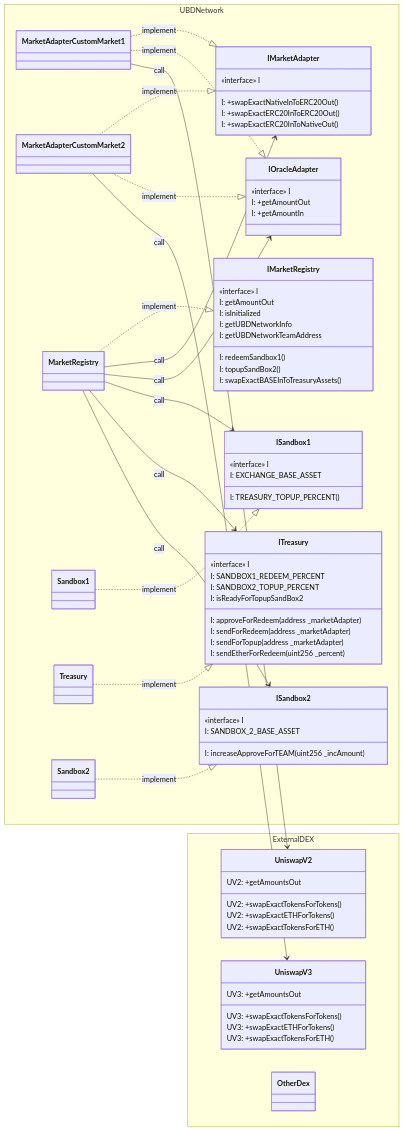
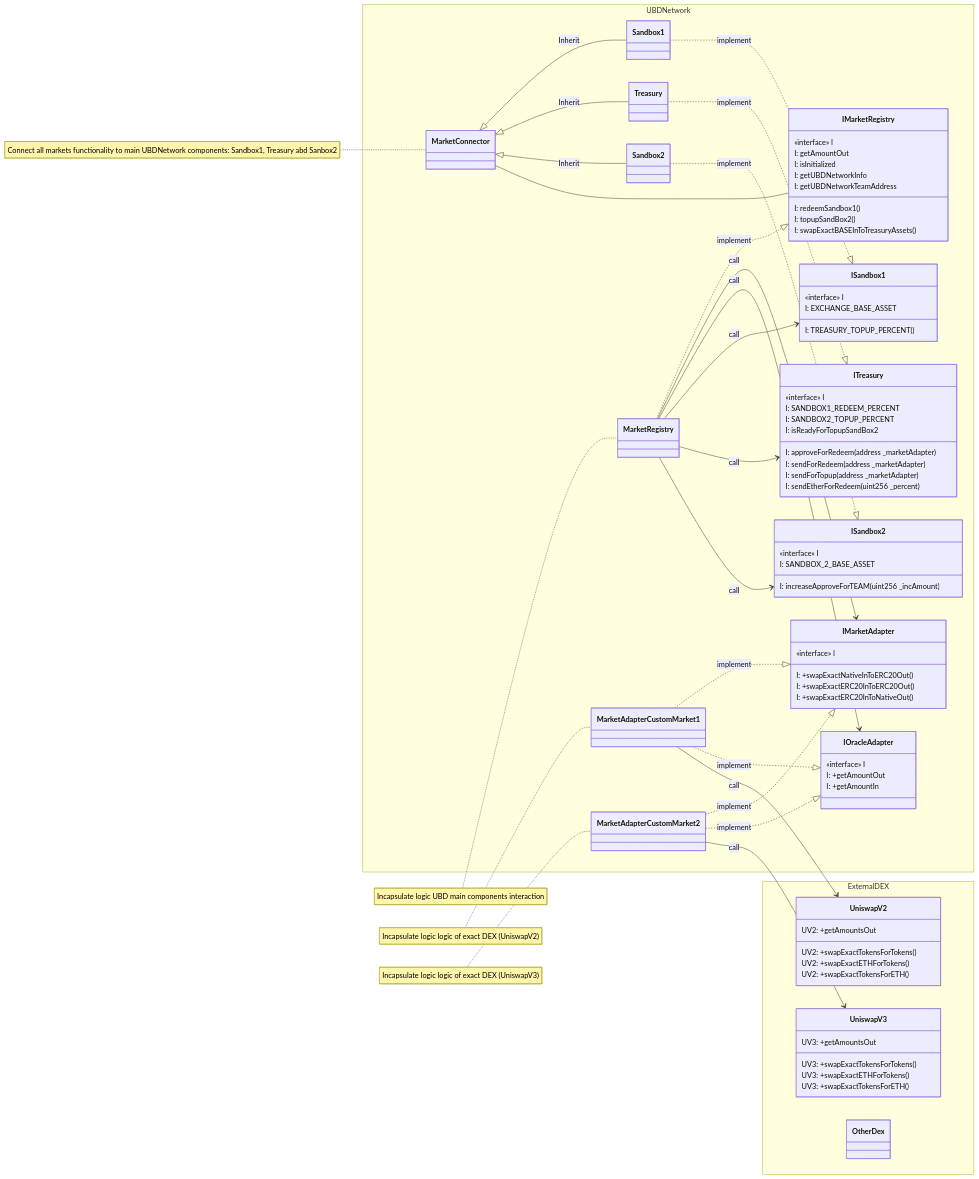
The diagram in CLASSDIAGRAM.md (UBDNetwork/Smartcontract), drawn with Mermaid before and after one commit.

Commit message:
Class relation diagramm notes

````diff
--- a/CLASSDIAGRAM.md
+++ b/CLASSDIAGRAM.md
@@ -1,5 +1,11 @@
 ```mermaid
+
 classDiagram
+
+note for MarketRegistry "Incapsulate logic UBD main components interaction"
+note for MarketAdapterCustomMarket1 "Incapsulate logic logic of exact DEX (UniswapV2)"
+note for MarketAdapterCustomMarket2 "Incapsulate logic logic of exact DEX (UniswapV3)"
+note for MarketConnector "Connect all markets functionality to main UBDNetwork components: Sandbox1, Treasury abd Sanbox2"
 
 MarketAdapterCustomMarket1 ..|> IMarketAdapter: implement
 MarketAdapterCustomMarket1 ..|> IOracleAdapter: implement
@@ -21,8 +27,14 @@
 MarketRegistry --> ISandbox1: call
 MarketRegistry --> ITreasury: call
 MarketRegistry --> ISandbox2: call
+
+MarketConnector <|-- Sandbox1: Inherit
+MarketConnector <|-- Treasury: Inherit
+MarketConnector <|-- Sandbox2: Inherit
+MarketConnector -- IMarketRegistry
 direction LR
 namespace UBDNetwork {
+class MarketConnector
 class ISandbox1 {
    «interface» I
    I: EXCHANGE_BASE_ASSET
@@ -56,6 +68,7 @@
     I: topupSandBox2()
     I: swapExactBASEInToTreasuryAssets() 
 }
+
 
 class MarketRegistry
 
@@ -101,4 +114,5 @@
     }
     class OtherDex
 }
+
 ```
````
